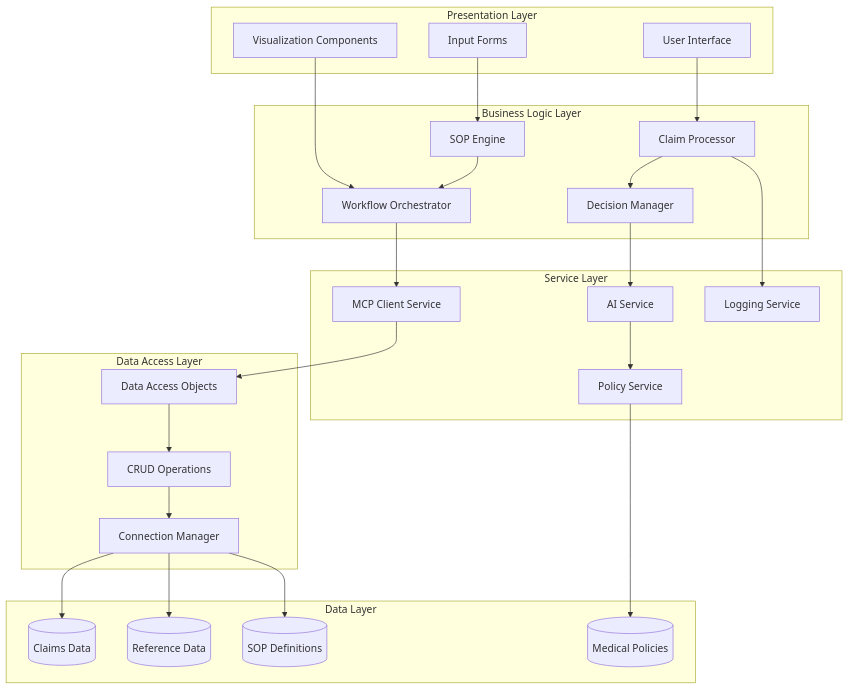
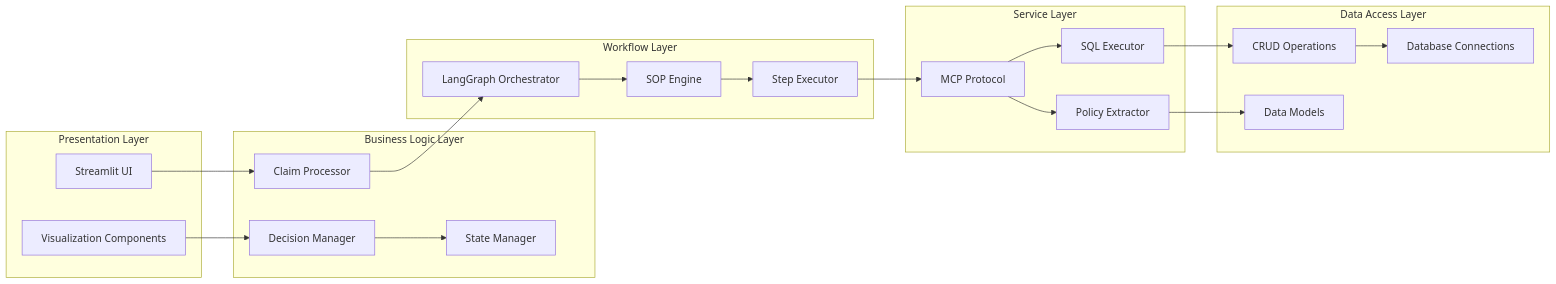
Before and after one commit to phoenix-4u/Pend_Claims_Agentic_Workflow: the third of 9 diagrams in README.md, drawn with Mermaid. The commit also changed other lines of this file, not shown here.

````diff
--- a/README.md
+++ b/README.md
@@ -129,52 +145,44 @@
 ```mermaid
-graph TD
+graph LR
     subgraph "Presentation Layer"
-        UI[User Interface]
-        VIS[Visualization Components]
-        FORMS[Input Forms]
+        ST[Streamlit UI]
+        VIZ[Visualization Components]
     end
     
     subgraph "Business Logic Layer"
         CP[Claim Processor]
+        DM[Decision Manager]
+        SM[State Manager]
+    end
+    
+    subgraph "Workflow Layer"
+        LG[LangGraph Orchestrator]
         SOP[SOP Engine]
-        DM[Decision Manager]
-        WF[Workflow Orchestrator]
+        STEPS[Step Executor]
     end
     
     subgraph "Service Layer"
-        MCP[MCP Client Service]
-        AI[AI Service]
-        POLICY[Policy Service]
-        LOG[Logging Service]
+        MCP[MCP Protocol]
+        SQL[SQL Executor]
+        POLICY[Policy Extractor]
     end
     
     subgraph "Data Access Layer"
-        DAO[Data Access Objects]
         CRUD[CRUD Operations]
-        CONN[Connection Manager]
+        MODELS[Data Models]
+        CONN[Database Connections]
     end
     
-    subgraph "Data Layer"
-        CLAIMS[(Claims Data)]
-        HRUK[(Reference Data)]
-        SOPS[(SOP Definitions)]
-        POLICIES[(Medical Policies)]
-    end
-    
-    UI --> CP
-    VIS --> WF
-    FORMS --> SOP
-    CP --> DM
-    SOP --> WF
-    DM --> AI
-    WF --> MCP
-    MCP --> DAO
-    AI --> POLICY
-    DAO --> CRUD
+    ST --> CP
+    VIZ --> DM
+    CP --> LG
+    DM --> SM
+    LG --> SOP
+    SOP --> STEPS
+    STEPS --> MCP
+    MCP --> SQL
+    MCP --> POLICY
+    SQL --> CRUD
+    POLICY --> MODELS
     CRUD --> CONN
-    CONN --> CLAIMS
-    CONN --> HRUK
-    CONN --> SOPS
-    POLICY --> POLICIES
-    CP --> LOG
 ```
````
